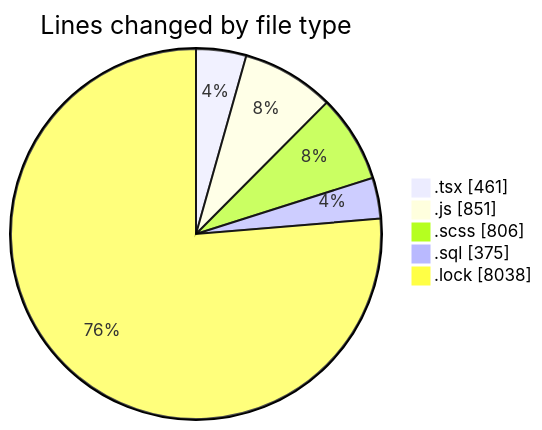
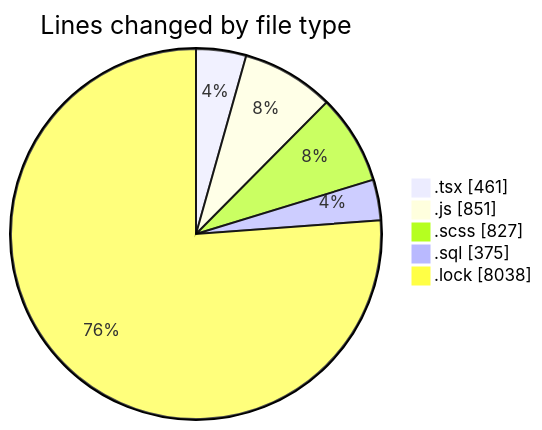
Before and after one commit to momahboobian/code-tracking: the first of 2 diagrams in 2025-03-18/cda/README.md, drawn with Mermaid. The commit also changed other lines of this file and 1 other file, not shown here.

````diff
--- a/2025-03-18/cda/README.md
+++ b/2025-03-18/cda/README.md
@@ -30,9 +30,9 @@
 ```mermaid
 pie showData
 title Lines changed by file type
 ".tsx" : 461
 ".js" : 851
-".scss" : 806
+".scss" : 827
 ".sql" : 375
 ".lock" : 8038
 ```
````
